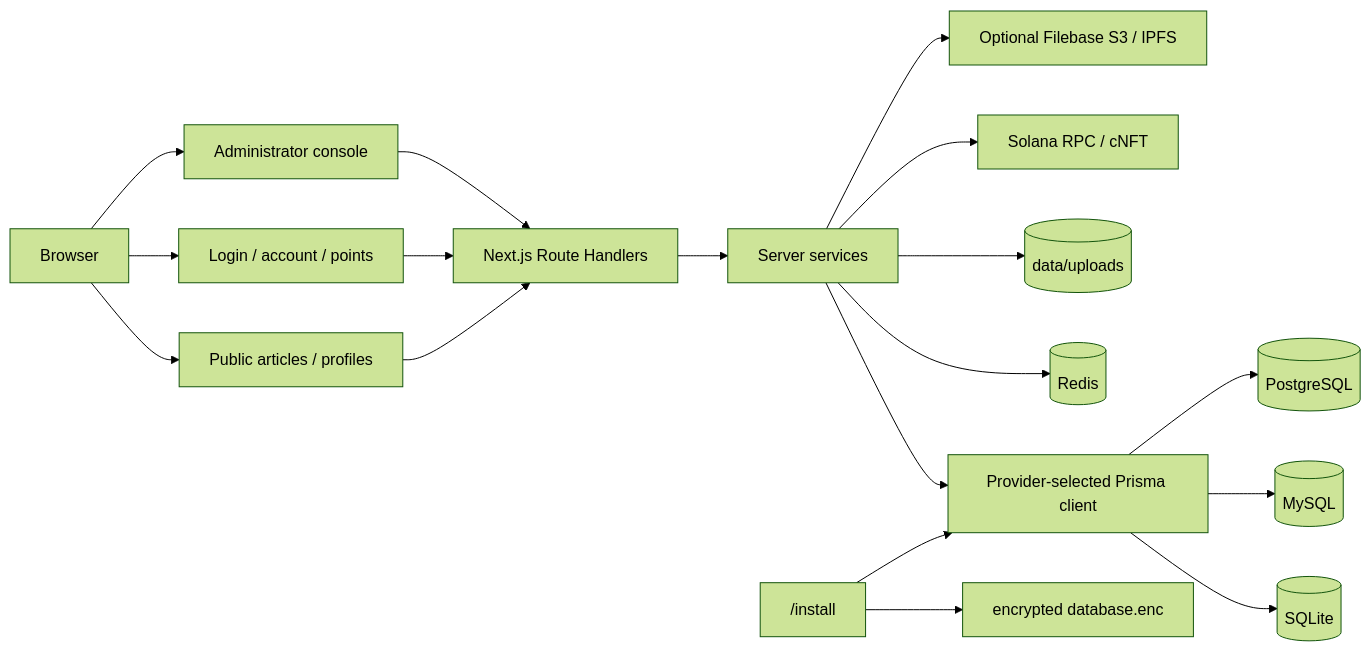
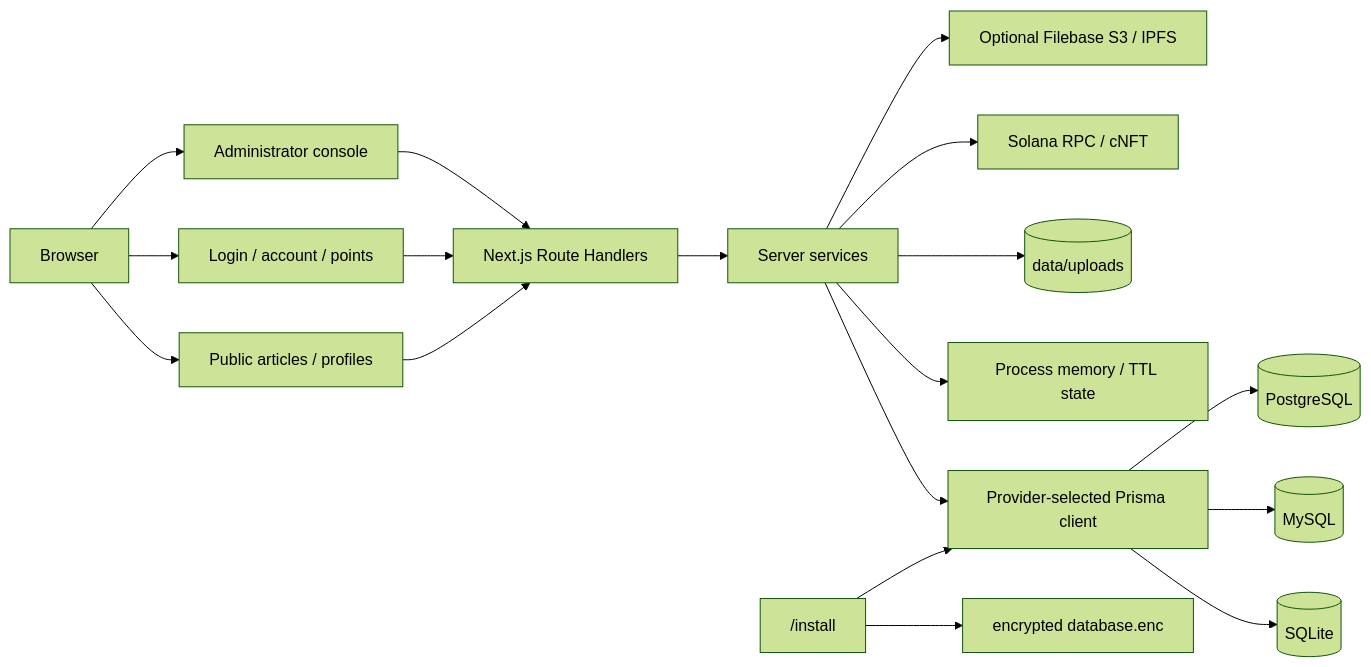
One commit to holic512/SlothVault changed the diagram in README.md. Above: the diagram before and after it, drawn with Mermaid (forest theme). The commit also changed other lines of this file and 22 other files, not shown here.

````diff
--- a/README.md
+++ b/README.md
@@ -117,24 +113,24 @@
 ```mermaid
 flowchart LR
     Browser["Browser"] --> Public["Public articles / profiles"]
     Browser --> Account["Login / account / points"]
     Browser --> Admin["Administrator console"]
 
     Public --> Routes["Next.js Route Handlers"]
     Account --> Routes
     Admin --> Routes
 
     Routes --> Services["Server services"]
     Services --> Prisma["Provider-selected Prisma client"]
     Prisma --> SQLite[(SQLite)]
     Prisma --> MySQL[(MySQL)]
     Prisma --> PostgreSQL[(PostgreSQL)]
 
-    Services --> Redis[(Redis)]
+    Services --> Memory["Process memory / TTL state"]
     Services --> Uploads[(data/uploads)]
     Services --> Solana["Solana RPC / cNFT"]
     Services --> Filebase["Optional Filebase S3 / IPFS"]
 
     Installer["/install"] --> Config["encrypted database.enc"]
     Installer --> Prisma
 ```
````
